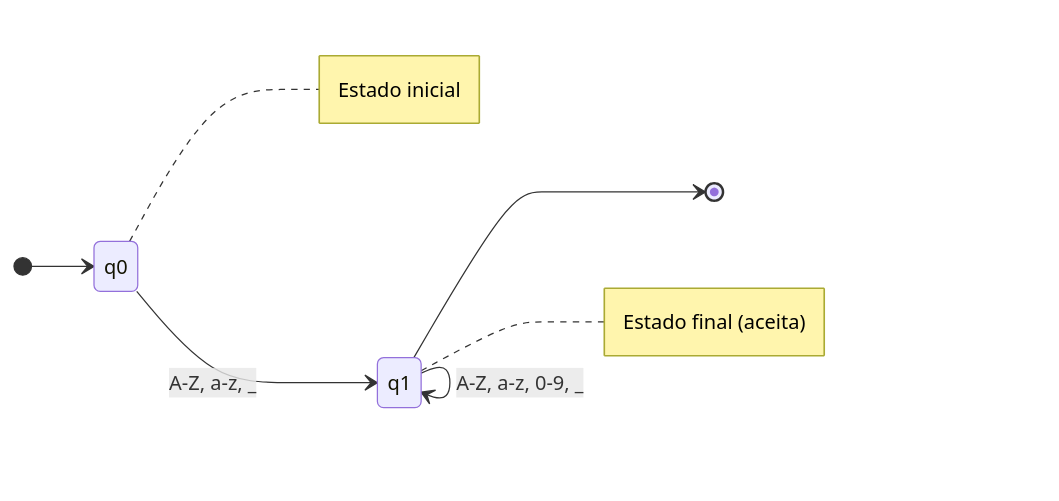
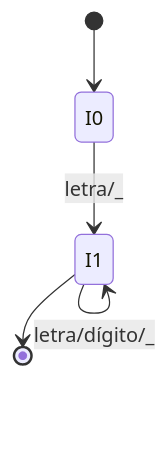
One commit to Raul-Mozart/Linguagem_SimplePoo changed the second of 12 diagrams in docs/diagramas/afd_final.md. Above: the diagram before and after it, drawn with Mermaid. The commit also changed other lines of this file and 59 other files, not shown here.

````diff
--- a/docs/diagramas/afd_final.md
+++ b/docs/diagramas/afd_final.md
@@ -25,13 +31,7 @@
 ```mermaid
 stateDiagram-v2
-    direction LR
-    
-    [*] --> q0
-    
-    q0 --> q1: A-Z, a-z, _
-    q1 --> q1: A-Z, a-z, 0-9, _
-    q1 --> [*]
-    
-    note right of q0: Estado inicial
-    note right of q1: Estado final (aceita)
+    [*] --> I0
+    I0 --> I1: letra/_
+    I1 --> I1: letra/dígito/_
+    I1 --> [*]
 ```
````
